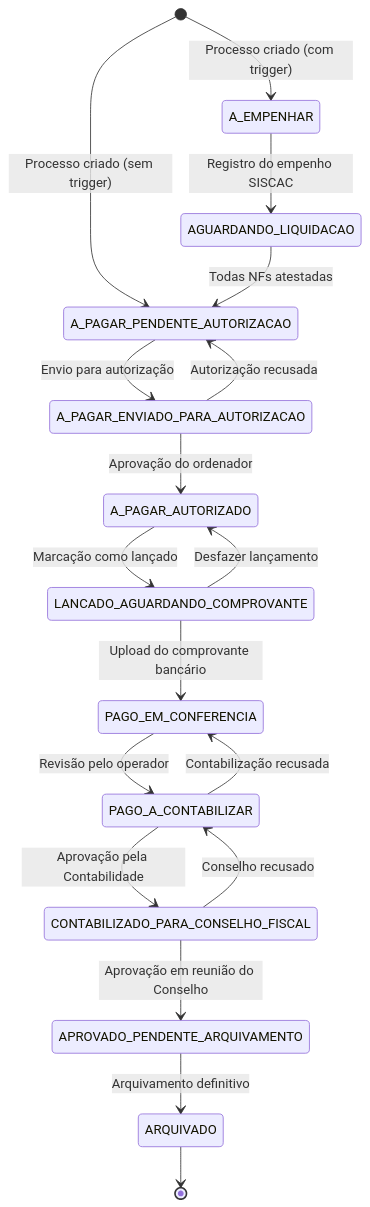
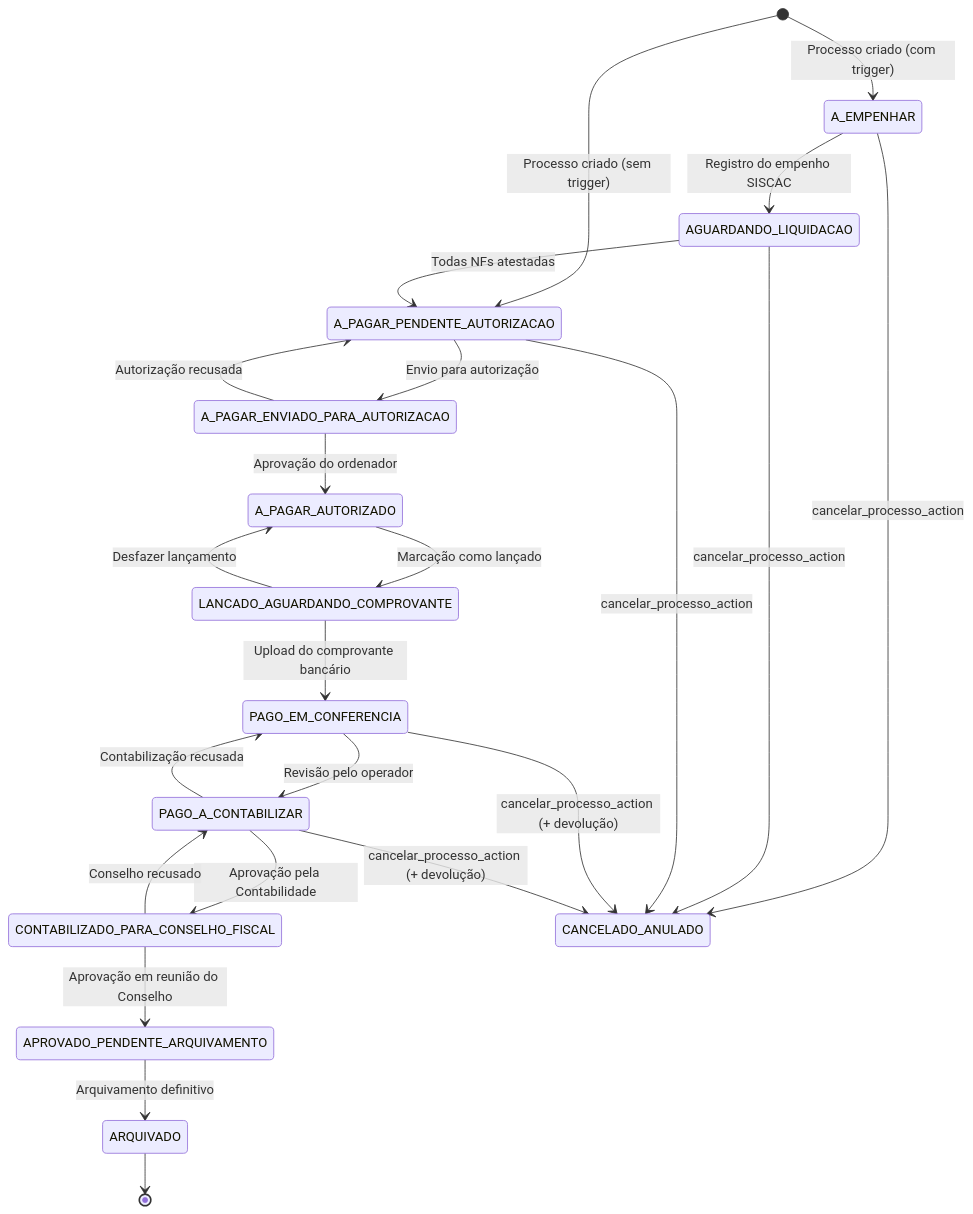
The diagram in docs/fluxos/pagamentos.md (BS15/DjangoProject), drawn with Mermaid before and after one commit. The commit also changed other lines of this file and 7 other files, not shown here.

First line of the commit message:
docs: add cancelamento flow documentation across all relevant pages

````diff
--- a/docs/fluxos/pagamentos.md
+++ b/docs/fluxos/pagamentos.md
@@ -11,22 +11,28 @@
 ```mermaid
 stateDiagram-v2
     [*] --> A_EMPENHAR : Processo criado (com trigger)
     [*] --> A_PAGAR_PENDENTE_AUTORIZACAO : Processo criado (sem trigger)
 
     A_EMPENHAR --> AGUARDANDO_LIQUIDACAO : Registro do empenho SISCAC
     AGUARDANDO_LIQUIDACAO --> A_PAGAR_PENDENTE_AUTORIZACAO : Todas NFs atestadas
     A_PAGAR_PENDENTE_AUTORIZACAO --> A_PAGAR_ENVIADO_PARA_AUTORIZACAO : Envio para autorização
     A_PAGAR_ENVIADO_PARA_AUTORIZACAO --> A_PAGAR_AUTORIZADO : Aprovação do ordenador
     A_PAGAR_AUTORIZADO --> LANCADO_AGUARDANDO_COMPROVANTE : Marcação como lançado
     LANCADO_AGUARDANDO_COMPROVANTE --> PAGO_EM_CONFERENCIA : Upload do comprovante bancário
     PAGO_EM_CONFERENCIA --> PAGO_A_CONTABILIZAR : Revisão pelo operador
     PAGO_A_CONTABILIZAR --> CONTABILIZADO_PARA_CONSELHO_FISCAL : Aprovação pela Contabilidade
     CONTABILIZADO_PARA_CONSELHO_FISCAL --> APROVADO_PENDENTE_ARQUIVAMENTO : Aprovação em reunião do Conselho
     APROVADO_PENDENTE_ARQUIVAMENTO --> ARQUIVADO : Arquivamento definitivo
     ARQUIVADO --> [*]
 
     A_PAGAR_ENVIADO_PARA_AUTORIZACAO --> A_PAGAR_PENDENTE_AUTORIZACAO : Autorização recusada
     PAGO_A_CONTABILIZAR --> PAGO_EM_CONFERENCIA : Contabilização recusada
     CONTABILIZADO_PARA_CONSELHO_FISCAL --> PAGO_A_CONTABILIZAR : Conselho recusado
     LANCADO_AGUARDANDO_COMPROVANTE --> A_PAGAR_AUTORIZADO : Desfazer lançamento
+
+    A_EMPENHAR --> CANCELADO_ANULADO : cancelar_processo_action
+    AGUARDANDO_LIQUIDACAO --> CANCELADO_ANULADO : cancelar_processo_action
+    A_PAGAR_PENDENTE_AUTORIZACAO --> CANCELADO_ANULADO : cancelar_processo_action
+    PAGO_EM_CONFERENCIA --> CANCELADO_ANULADO : cancelar_processo_action (+ devolução)
+    PAGO_A_CONTABILIZAR --> CANCELADO_ANULADO : cancelar_processo_action (+ devolução)
 ```
````
